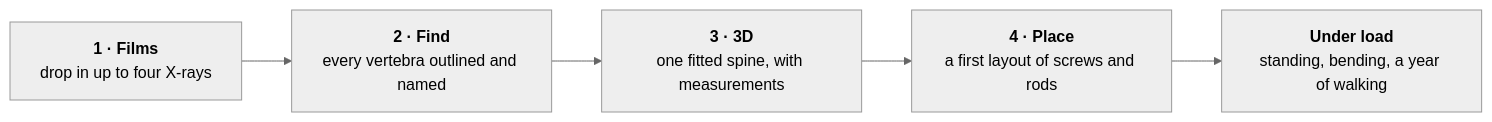
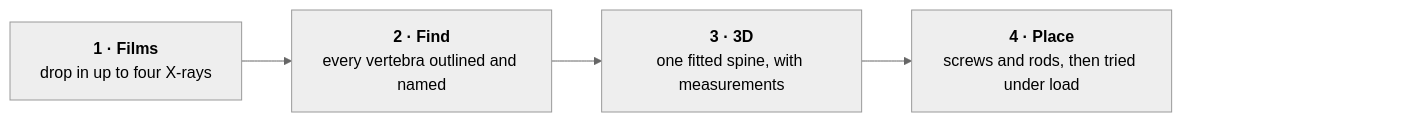
One commit to bulletchicken/spine-workbench changed the first of 5 diagrams in README.md. Above: the diagram before and after it, drawn with Mermaid (neutral theme). The commit also changed other lines of this file, not shown here.

Commit message:
docs: keep two diagrams clear of GitHub's zoom buttons
GitHub lays its zoom and pan buttons over the bottom right corner of
every diagram it draws. On the README they sat on the last box of the
steps diagram and of the training and test split, and hid some of the
words in each.

Both diagrams now end in two empty, unseen boxes on the right, so the
buttons lie over blank space. GitHub fits a wide diagram to the page,
so that room is paid for in size. The steps diagram makes it by
folding "Under load" into the Place box, which leaves four boxes for
the four steps the text names, drawn larger than before. The split
keeps its boxes and is drawn a little smaller.

````diff
--- a/README.md
+++ b/README.md
@@ -39,7 +39,10 @@
 ```mermaid
 flowchart LR
     A["<b>1 · Films</b><br/>drop in up to four X-rays"] --> B["<b>2 · Find</b><br/>every vertebra outlined and named"]
     B --> C["<b>3 · 3D</b><br/>one fitted spine, with measurements"]
-    C --> D["<b>4 · Place</b><br/>a first layout of screws and rods"]
-    D --> E["<b>Under load</b><br/>standing, bending, a year of walking"]
+    C --> D["<b>4 · Place</b><br/>screws and rods, then tried under load"]
+    %% Two empty boxes. They keep the last step clear of GitHub's zoom buttons.
+    D ~~~ gap1["&nbsp;"] ~~~ gap2["&nbsp;"]
+    classDef unseen fill:none,stroke:none
+    class gap1,gap2 unseen
 ```
````
